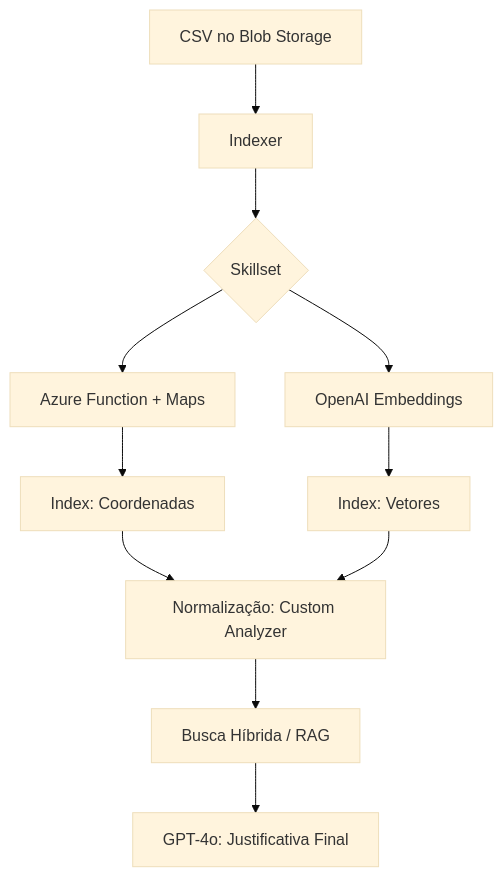
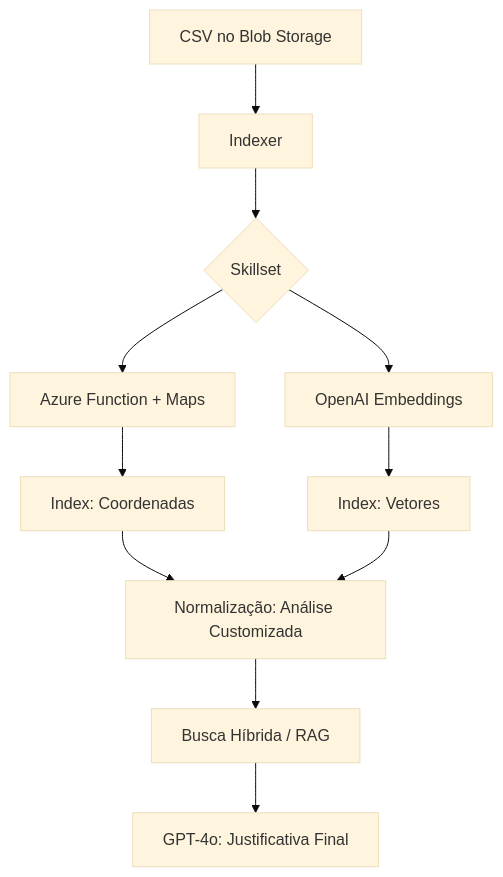
Before and after one commit to victorts1991/azure-smart-staffing-rag: the diagram in README.md, drawn with Mermaid (base theme).

Commit message:
Update text from 'Custom Analyzer' to 'Análise Customizada'

````diff
--- a/README.md
+++ b/README.md
@@ -51,13 +51,13 @@
 ```mermaid
 graph TD
     A[CSV no Blob Storage] --> B[Indexer]
     B --> C{Skillset}
     C --> D[Azure Function + Maps]
     C --> E[OpenAI Embeddings]
     D --> F[Index: Coordenadas]
     E --> G[Index: Vetores]
-    F --> H[Normalização: Custom Analyzer]
+    F --> H[Normalização: Análise Customizada]
     G --> H
     H --> I[Busca Híbrida / RAG]
     I --> J[GPT-4o: Justificativa Final]
 ```
````
